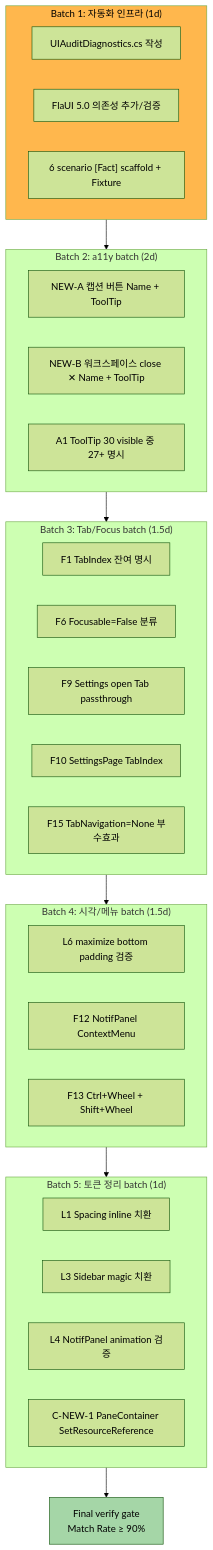
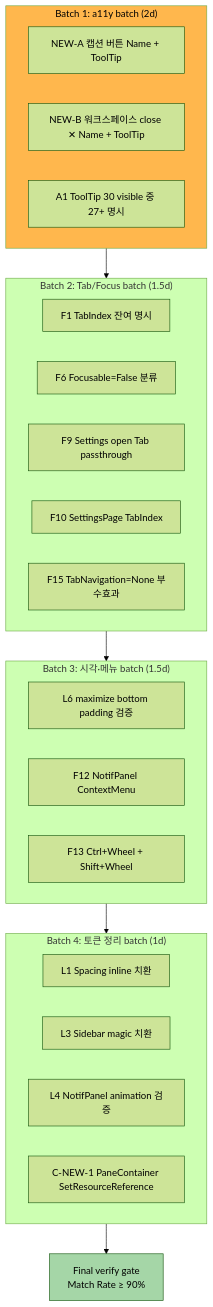
The second of 2 diagrams in docs/01-plan/features/m16-f-ui-completion.plan.md (solitasroh/ghostwin), drawn with Mermaid (forest theme) before and after one commit. The commit also changed other lines of this file and 2 other files, not shown here.

````diff
--- a/docs/01-plan/features/m16-f-ui-completion.plan.md
+++ b/docs/01-plan/features/m16-f-ui-completion.plan.md
@@ -293,36 +277,31 @@
 ```mermaid
 flowchart TB
-    subgraph S1["Batch 1: 자동화 인프라 (1d)"]
-        S1A["UIAuditDiagnostics.cs 작성"]
-        S1B["FlaUI 5.0 의존성 추가/검증"]
-        S1C["6 scenario [Fact] scaffold + Fixture"]
-    end
-    subgraph S2["Batch 2: a11y batch (2d)"]
+    subgraph S2["Batch 1: a11y batch (2d)"]
         S2A["NEW-A 캡션 버튼 Name + ToolTip"]
         S2B["NEW-B 워크스페이스 close ✕ Name + ToolTip"]
         S2C["A1 ToolTip 30 visible 중 27+ 명시"]
     end
-    subgraph S3["Batch 3: Tab/Focus batch (1.5d)"]
+    subgraph S3["Batch 2: Tab/Focus batch (1.5d)"]
         S3A["F1 TabIndex 잔여 명시"]
         S3B["F6 Focusable=False 분류"]
         S3C["F9 Settings open Tab passthrough"]
         S3D["F10 SettingsPage TabIndex"]
         S3E["F15 TabNavigation=None 부수효과"]
     end
-    subgraph S4["Batch 4: 시각/메뉴 batch (1.5d)"]
+    subgraph S4["Batch 3: 시각·메뉴 batch (1.5d)"]
         S4A["L6 maximize bottom padding 검증"]
         S4B["F12 NotifPanel ContextMenu"]
         S4C["F13 Ctrl+Wheel + Shift+Wheel"]
     end
-    subgraph S5["Batch 5: 토큰 정리 batch (1d)"]
+    subgraph S5["Batch 4: 토큰 정리 batch (1d)"]
         S5A["L1 Spacing inline 치환"]
         S5B["L3 Sidebar magic 치환"]
         S5C["L4 NotifPanel animation 검증"]
         S5D["C-NEW-1 PaneContainer SetResourceReference"]
     end
-    S1 --> S2 --> S3 --> S4 --> S5
+    S2 --> S3 --> S4 --> S5
     S5 --> V["Final verify gate<br/>Match Rate ≥ 90%"]
 
-    style S1 fill:#FFB74D,color:#000
+    style S2 fill:#FFB74D,color:#000
     style V fill:#A5D6A7,color:#000
 ```
````
